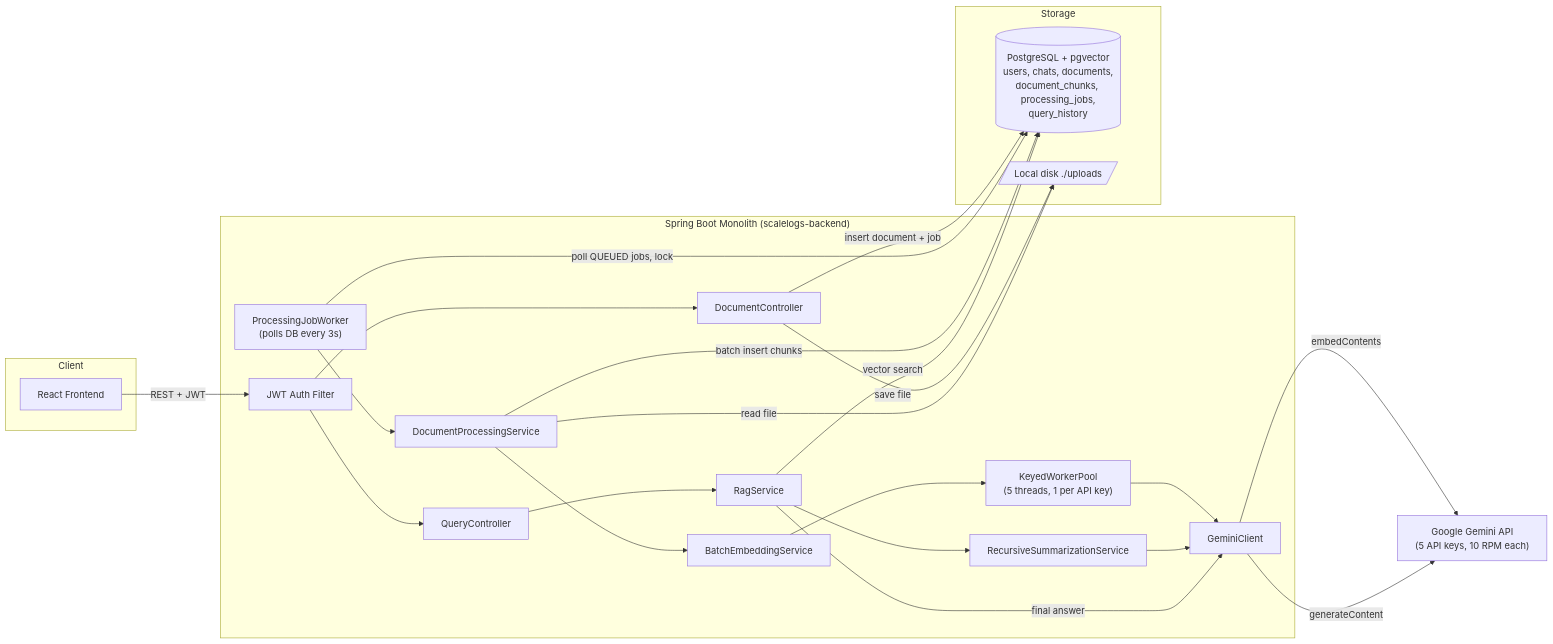
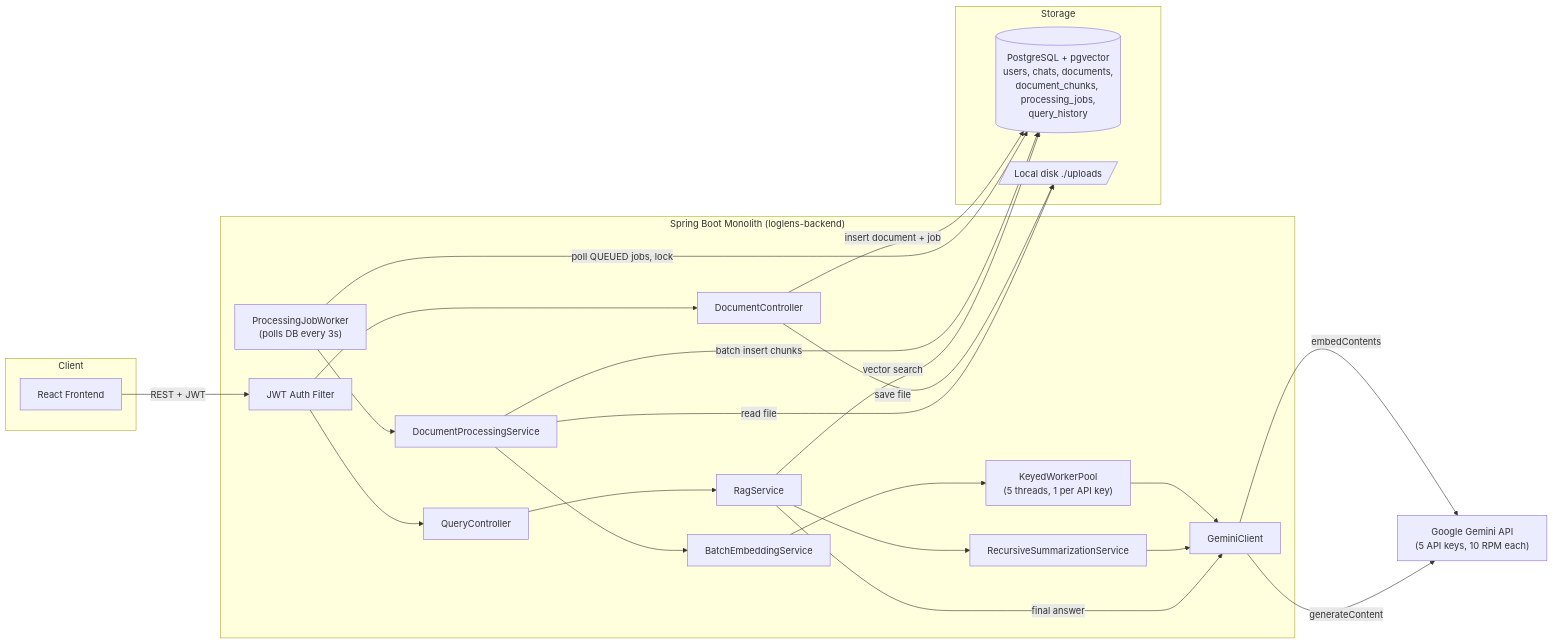
Before and after one commit to shubamchaudhary/ChunkAI: the first of 3 diagrams in docs/01-current-architecture.md, drawn with Mermaid. The commit also changed other lines of this file and 248 other files, not shown here.

````diff
--- a/docs/01-current-architecture.md
+++ b/docs/01-current-architecture.md
@@ -41,39 +41,39 @@
 ```mermaid
 flowchart LR
     subgraph Client
         FE[React Frontend]
     end
 
-    subgraph SpringBoot["Spring Boot Monolith (scalelogs-backend)"]
+    subgraph SpringBoot["Spring Boot Monolith (loglens-backend)"]
         AUTH[JWT Auth Filter]
         DC[DocumentController]
         QC[QueryController]
         JW["ProcessingJobWorker<br/>(polls DB every 3s)"]
         DPS[DocumentProcessingService]
         RAG[RagService]
         RSS[RecursiveSummarizationService]
         BES[BatchEmbeddingService]
         KWP["KeyedWorkerPool<br/>(5 threads, 1 per API key)"]
         GC[GeminiClient]
     end
 
     subgraph Storage
         PG[("PostgreSQL + pgvector<br/>users, chats, documents,<br/>document_chunks, processing_jobs,<br/>query_history")]
         DISK[/"Local disk ./uploads"/]
     end
 
     GEMINI["Google Gemini API<br/>(5 API keys, 10 RPM each)"]
 
     FE -->|REST + JWT| AUTH --> DC & QC
     DC -->|save file| DISK
     DC -->|insert document + job| PG
     JW -->|poll QUEUED jobs, lock| PG
     JW --> DPS
     DPS -->|read file| DISK
     DPS --> BES --> KWP --> GC -->|embedContents| GEMINI
     DPS -->|batch insert chunks| PG
     QC --> RAG
     RAG -->|vector search| PG
     RAG --> RSS --> GC -->|generateContent| GEMINI
     RAG -->|final answer| GC
 ```
````
